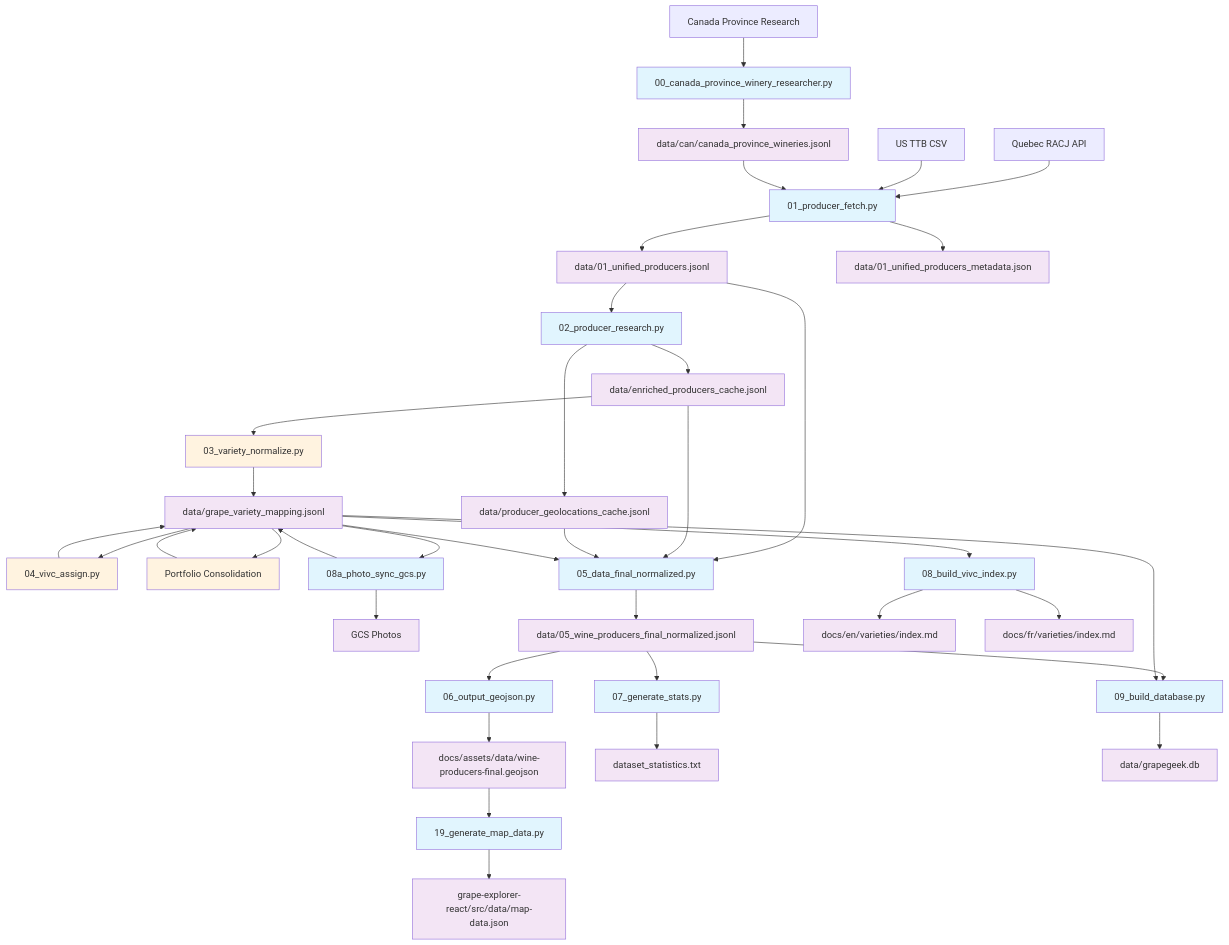
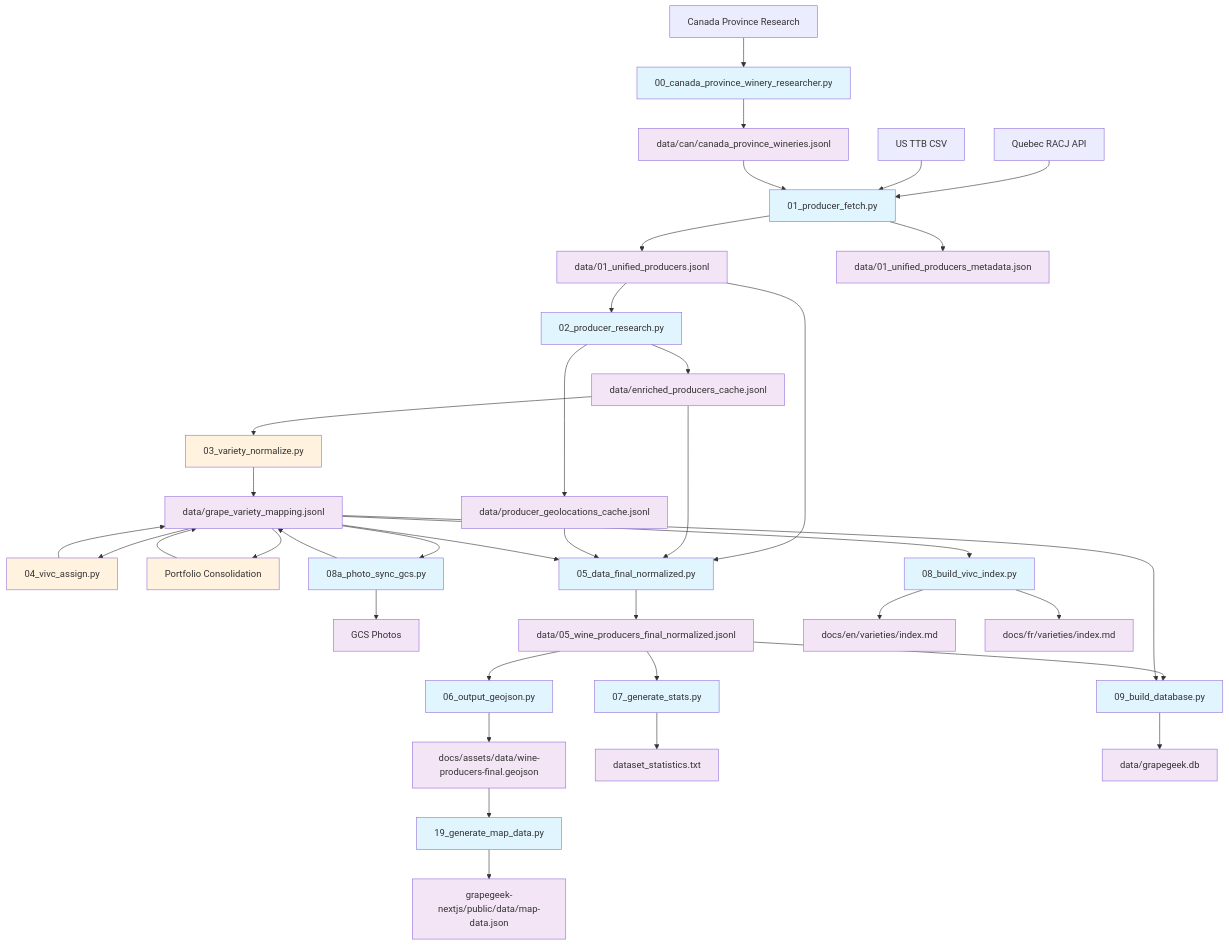
The diagram in src/README.md (p-gag/grapegeek), drawn with Mermaid before and after one commit. The commit also changed other lines of this file and 45 other files, not shown here.

First line of the commit message:
Remove grape-explorer-react, deprecated by grapegeek-nextjs

````diff
--- a/src/README.md
+++ b/src/README.md
@@ -16,72 +16,72 @@
 ```mermaid
 graph TD
     %% Data Sources
     A1[Quebec RACJ API] 
     A2[US TTB CSV]
     A3[Canada Province Research]
     
     %% Step 0: Data Collection
     A3 --> B0[00_canada_province_winery_researcher.py]
     B0 --> D1[data/can/canada_province_wineries.jsonl]
     
     %% Step 1: Unify Sources  
     A1 --> B1[01_producer_fetch.py]
     A2 --> B1
     D1 --> B1
     B1 --> D2[data/01_unified_producers.jsonl]
     B1 --> D2M[data/01_unified_producers_metadata.json]
     
     %% Step 2: Research & Enrichment
     D2 --> B2[02_producer_research.py]
     B2 --> D3A[data/enriched_producers_cache.jsonl]
     B2 --> D3B[data/producer_geolocations_cache.jsonl]
     
     %% Step 3: Variety Processing (Manual Review Needed)
     D3A --> B3[03_variety_normalize.py]
     B3 --> D4[data/grape_variety_mapping.jsonl]
     D4 --> B4[04_vivc_assign.py]
     B4 --> D4
     D4 --> B4B[Portfolio Consolidation]
     B4B --> D4
 
     %% Step 4a: Photo Sync (NEW)
     D4 --> B4C[08a_photo_sync_gcs.py]
     B4C --> D4D[GCS Photos]
     B4C --> D4
 
     %% Step 4: Final Dataset
     D2 --> B5[05_data_final_normalized.py]
     D3A --> B5
     D3B --> B5  
     D4 --> B5
     B5 --> D7[data/05_wine_producers_final_normalized.jsonl]
     
     %% Step 5: Outputs
     D7 --> B6[06_output_geojson.py]
     B6 --> D8[docs/assets/data/wine-producers-final.geojson]
 
     D7 --> B7[07_generate_stats.py]
     B7 --> D10[dataset_statistics.txt]
 
     D4 --> B8[08_build_vivc_index.py]
     B8 --> D9A[docs/en/varieties/index.md]
     B8 --> D9B[docs/fr/varieties/index.md]
 
     %% Step 6: Database Build
     D7 --> B9[09_build_database.py]
     D4 --> B9
     B9 --> D11[data/grapegeek.db]
 
-    %% Step 7: Legacy React Map Data
+    %% Step 7: Next.js Map Data
     D8 --> B10[19_generate_map_data.py]
-    B10 --> D12[grape-explorer-react/src/data/map-data.json]
+    B10 --> D12[grapegeek-nextjs/public/data/map-data.json]
 
     %% Styling
     classDef script fill:#e1f5fe
     classDef datafile fill:#f3e5f5
     classDef manual fill:#fff3e0
 
     class B0,B1,B2,B3,B4,B4B,B4C,B5,B6,B7,B8,B9,B10 script
     class D1,D2,D2M,D3A,D3B,D4,D4D,D7,D8,D9A,D9B,D10,D11,D12 datafile
     class B3,B4,B4B manual
 ```
````
